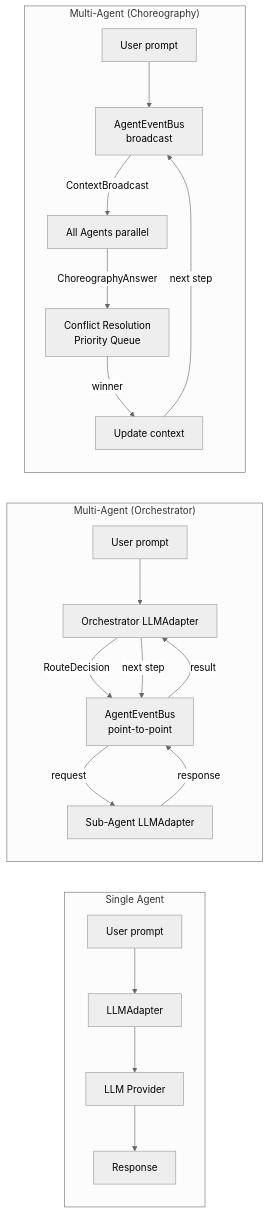
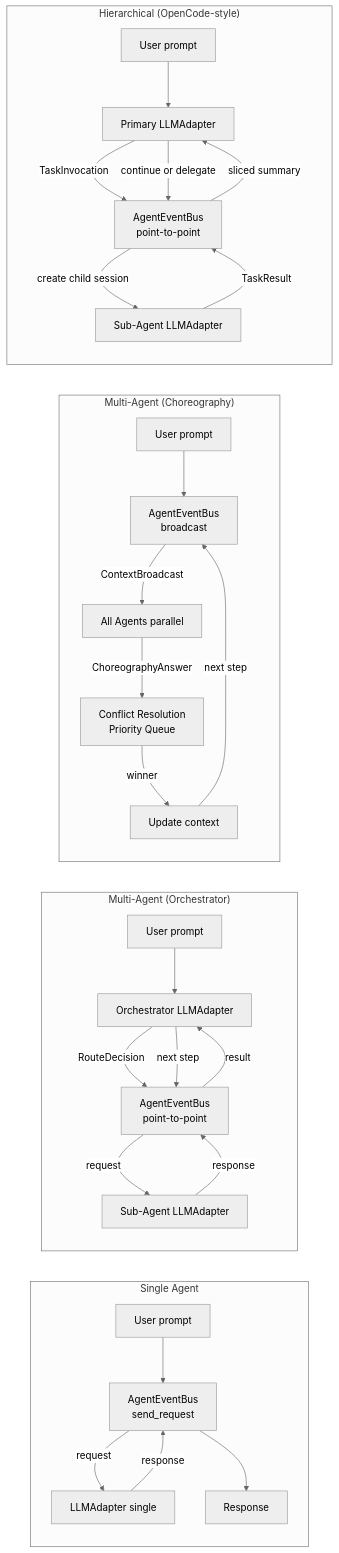
One commit to pese-git/codelab-ai changed the diagram in doc/architecture/MULTIAGENT_TECHNICAL_SPECIFICATION.md. Above: the diagram before and after it, drawn with Mermaid (neutral theme). The commit also changed other lines of this file, not shown here.

````diff
--- a/doc/architecture/MULTIAGENT_TECHNICAL_SPECIFICATION.md
+++ b/doc/architecture/MULTIAGENT_TECHNICAL_SPECIFICATION.md
@@ -79,25 +90,35 @@
 ```mermaid
 flowchart LR
     subgraph Single["Single Agent"]
-        S1[User prompt] --> S2[LLMAdapter]
-        S2 --> S3[LLM Provider]
-        S3 --> S4[Response]
+        S1[User prompt] --> S2[AgentEventBus<br/>send_request]
+        S2 -->|request| S3[LLMAdapter single]
+        S3 -->|response| S2
+        S2 --> S4[Response]
     end
 
     subgraph Orchestrated["Multi-Agent (Orchestrator)"]
         O1[User prompt] --> O2[Orchestrator LLMAdapter]
         O2 -->|RouteDecision| O3[AgentEventBus<br/>point-to-point]
         O3 -->|request| O4[Sub-Agent LLMAdapter]
         O4 -->|response| O3
         O3 -->|result| O2
         O2 -->|next step| O3
     end
 
     subgraph Choreography["Multi-Agent (Choreography)"]
         C1[User prompt] --> C2[AgentEventBus<br/>broadcast]
         C2 -->|ContextBroadcast| C3[All Agents parallel]
         C3 -->|ChoreographyAnswer| C4[Conflict Resolution<br/>Priority Queue]
         C4 -->|winner| C5[Update context]
         C5 -->|next step| C2
     end
+
+    subgraph Hierarchical["Hierarchical (OpenCode-style)"]
+        H1[User prompt] --> H2[Primary LLMAdapter]
+        H2 -->|TaskInvocation| H3[AgentEventBus<br/>point-to-point]
+        H3 -->|create child session| H4[Sub-Agent LLMAdapter]
+        H4 -->|TaskResult| H3
+        H3 -->|sliced summary| H2
+        H2 -->|continue or delegate| H3
+    end
 ```
````
